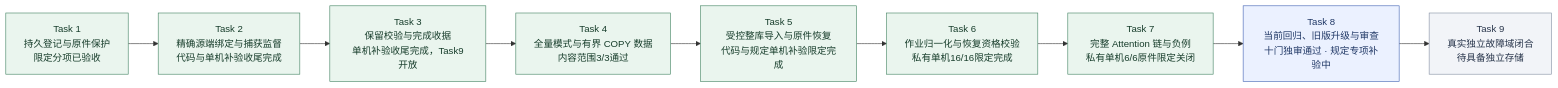
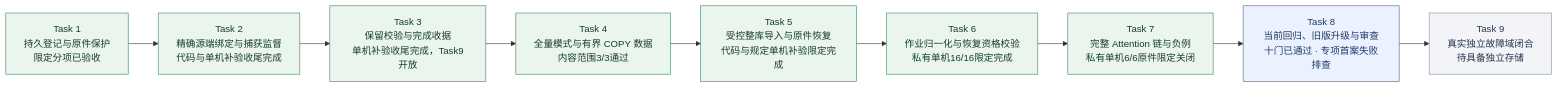
Before and after one commit to MansurnamedZhang/learning-system-p0c4: the second of 9 diagrams in docs/KnowWeave实施路线与系统架构.md, drawn with Mermaid. The commit also changed other lines of this file and 10 other files, not shown here.

````diff
--- a/docs/KnowWeave实施路线与系统架构.md
+++ b/docs/KnowWeave实施路线与系统架构.md
@@ -81,26 +81,26 @@
 ```mermaid
 flowchart LR
     C4T1["Task 1<br/>持久登记与原件保护<br/>限定分项已验收"]
     C4T2["Task 2<br/>精确源端绑定与捕获监督<br/>代码与单机补验收尾完成"]
     C4T3["Task 3<br/>保留校验与完成收据<br/>单机补验收尾完成，Task9开放"]
     C4T4["Task 4<br/>全量模式与有界 COPY 数据<br/>内容范围3/3通过"]
     C4T5["Task 5<br/>受控整库导入与原件恢复<br/>代码与规定单机补验限定完成"]
     C4T6["Task 6<br/>作业归一化与恢复资格校验<br/>私有单机16/16限定完成"]
     C4T7["Task 7<br/>完整 Attention 链与负例<br/>私有单机6/6原件限定关闭"]
-    C4T8["Task 8<br/>当前回归、旧版升级与审查<br/>十门独审通过 · 规定专项补验中"]
+    C4T8["Task 8<br/>当前回归、旧版升级与审查<br/>十门已通过 · 专项首案失败排查"]
     C4T9["Task 9<br/>真实独立故障域闭合<br/>待具备独立存储"]
     C4T1 --> C4T2
     C4T2 --> C4T3
     C4T3 --> C4T4
     C4T4 --> C4T5
     C4T5 --> C4T6
     C4T6 --> C4T7
     C4T7 --> C4T8
     C4T8 --> C4T9
     class C4T1,C4T2,C4T3,C4T4,C4T5,C4T6,C4T7 done
     class C4T8 next
     class C4T9 planned
     classDef done fill:#eaf5ee,stroke:#438363,color:#173d2b
     classDef next fill:#ebf1ff,stroke:#4365b4,color:#203866
     classDef planned fill:#f2f4f8,stroke:#8591a3,color:#28354b
 ```
````
